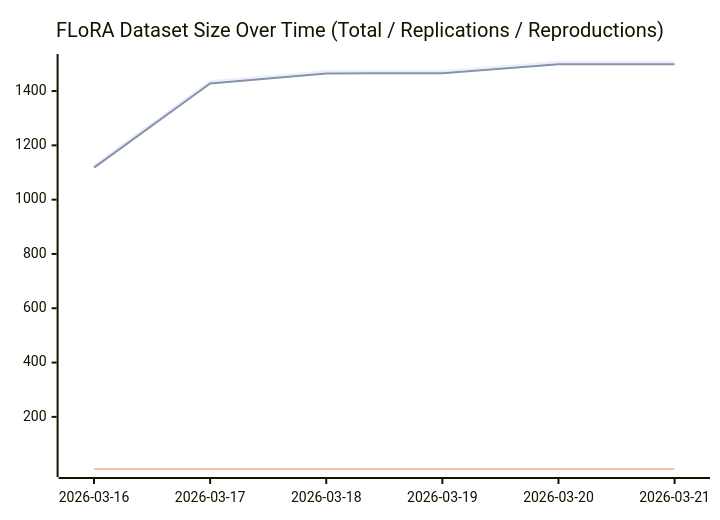
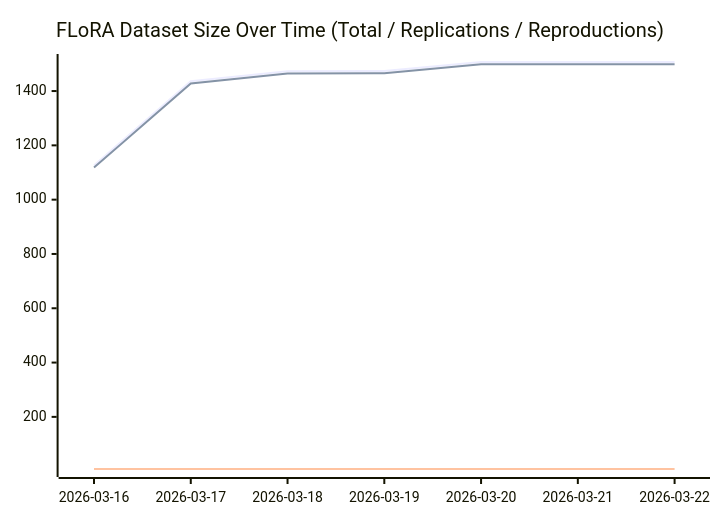
One commit to forrtproject/fred-data changed the diagram in README.md. Above: the diagram before and after it, drawn with Mermaid. The commit also changed other lines of this file, not shown here.

Commit message:
Update flora.csv [automated]

````diff
--- a/README.md
+++ b/README.md
@@ -441,8 +441,8 @@
 ```mermaid
 xychart-beta
     title "FLoRA Dataset Size Over Time (Total / Replications / Reproductions)"
-    x-axis ["2026-03-16", "2026-03-17", "2026-03-18", "2026-03-19", "2026-03-20", "2026-03-21"]
-    line [1126, 1436, 1473, 1474, 1507, 1507]
-    line [1118, 1428, 1465, 1466, 1499, 1499]
-    line [8, 8, 8, 8, 8, 8]
+    x-axis ["2026-03-16", "2026-03-17", "2026-03-18", "2026-03-19", "2026-03-20", "2026-03-21", "2026-03-22"]
+    line [1126, 1436, 1473, 1474, 1507, 1507, 1507]
+    line [1118, 1428, 1465, 1466, 1499, 1499, 1499]
+    line [8, 8, 8, 8, 8, 8, 8]
 ```
````
